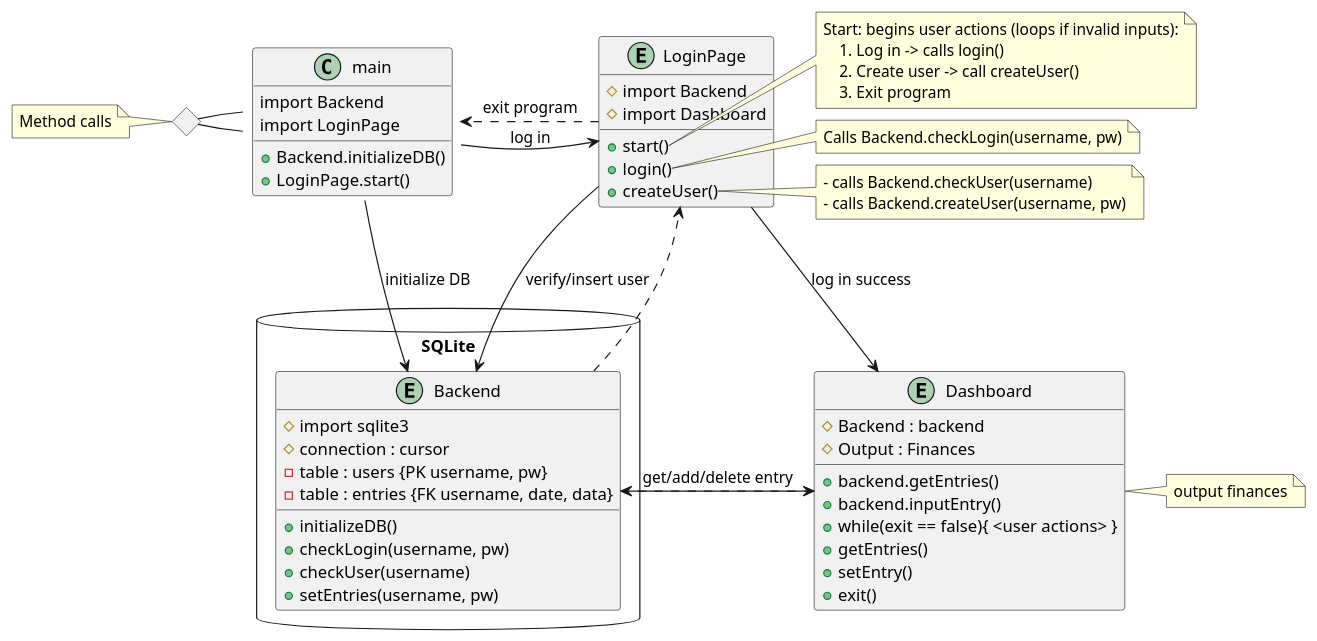
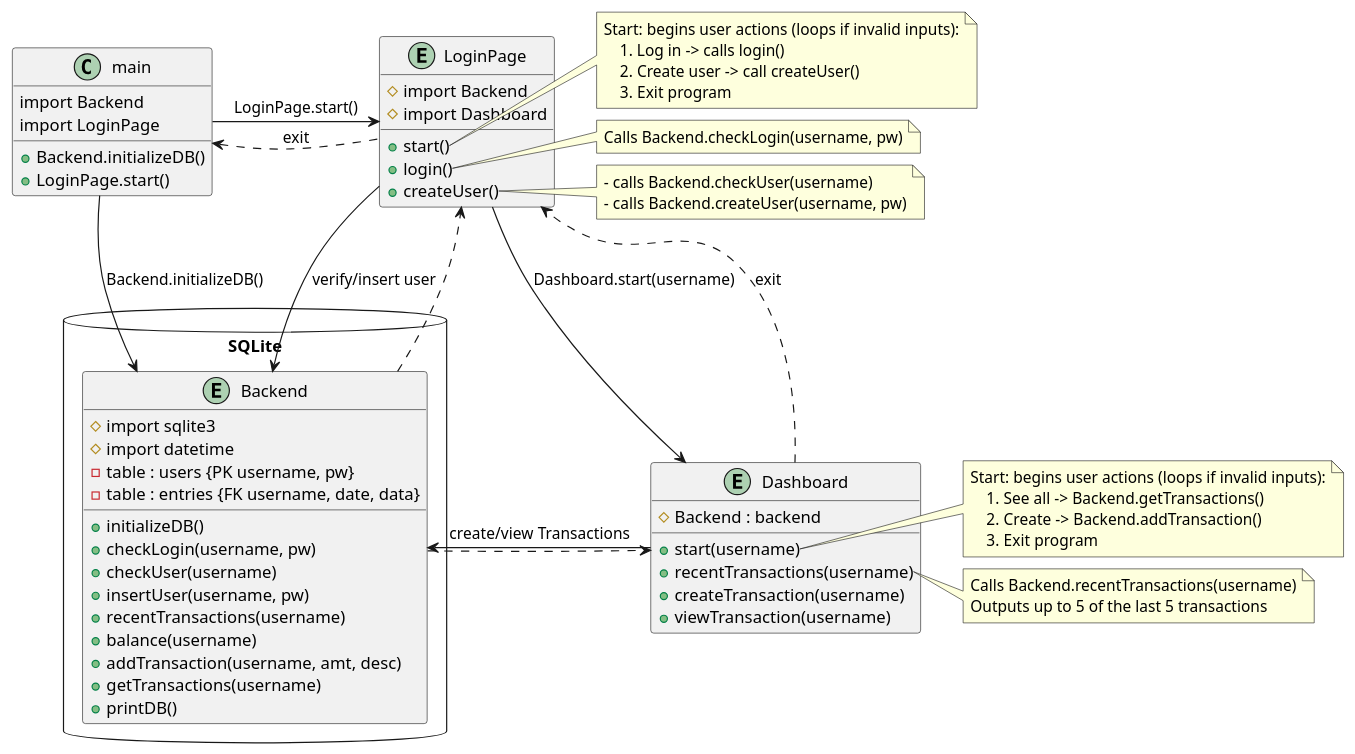
The diagram in overview.plantuml (Tawn/BudgetTracker), drawn with PlantUML before and after one commit.

Commit message:
Class-diagram UML complete

```diff
--- a/overview.plantuml
+++ b/overview.plantuml
@@ -1,81 +1,85 @@
 @startuml Overview
 
 class main {
     import Backend
     import LoginPage
     +Backend.initializeDB()
     +LoginPage.start()
 }
-
-<> diamond
-diamond - main::backend
-diamond - main::login
-note left of diamond
-    Method calls
-end note
 
 entity LoginPage {
     #import Backend
     #import Dashboard
     +start()
     +login()
     +createUser()
 }
 
 note right of LoginPage::start
     Start: begins user actions (loops if invalid inputs):
         1. Log in -> calls login()
         2. Create user -> call createUser()
         3. Exit program 
 end note
 
 note right of LoginPage::login
     Calls Backend.checkLogin(username, pw)
 end note
 
 note right of LoginPage::createUser
     - calls Backend.checkUser(username)
     - calls Backend.createUser(username, pw)
 end note
 
 package SQLite <<database>> {  
     entity Backend {
         #import sqlite3
-        #connection : cursor
+        #import datetime
         -table : users {PK username, pw}
         -table : entries {FK username, date, data}
         +initializeDB()
         +checkLogin(username, pw)
         +checkUser(username)
-        +setEntries(username, pw)
+        +insertUser(username, pw)
+        +recentTransactions(username)
+        +balance(username)    
+        +addTransaction(username, amt, desc)
+        +getTransactions(username)
+        +printDB()
     }
 }
 
 entity Dashboard {
     #Backend : backend
-    #Output : Finances
-    +backend.getEntries()
-    +backend.inputEntry()
-    +while(exit == false){ <user actions> }
-    +getEntries()
-    +setEntry()
-    +exit()
+    +start(username)
+    +recentTransactions(username)
+    +createTransaction(username)
+    +viewTransaction(username)
 }
 
-note right of Dashboard
-    output finances
+note right of Dashboard::start
+    Start: begins user actions (loops if invalid inputs):
+        1. See all -> Backend.getTransactions()
+        2. Create -> Backend.addTransaction()
+        3. Exit program 
+end note
+note right of Dashboard::recentTransactions
+    Calls Backend.recentTransactions(username)
+    Outputs up to 5 of the last 5 transactions
 end note
 
-main -right-> LoginPage : log in
-main -> Backend : initialize DB
+main -right-> LoginPage : LoginPage.start()
+main -down-> Backend : Backend.initializeDB()
 
+LoginPage .left.> main : exit
 LoginPage --> Backend : verify/insert user
-LoginPage ..> main : exit program
-LoginPage --> Dashboard : log in success
+LoginPage -down-> Dashboard : Dashboard.start(username)
 
-Dashboard -right-> Backend : get/add/delete entry
+Dashboard ..> LoginPage : exit
+Dashboard -left-> Backend : create/view Transactions
 
 Backend ..> LoginPage
-Backend ..> Dashboard 
+Backend .right.> Dashboard 
+
 
 @enduml
```
